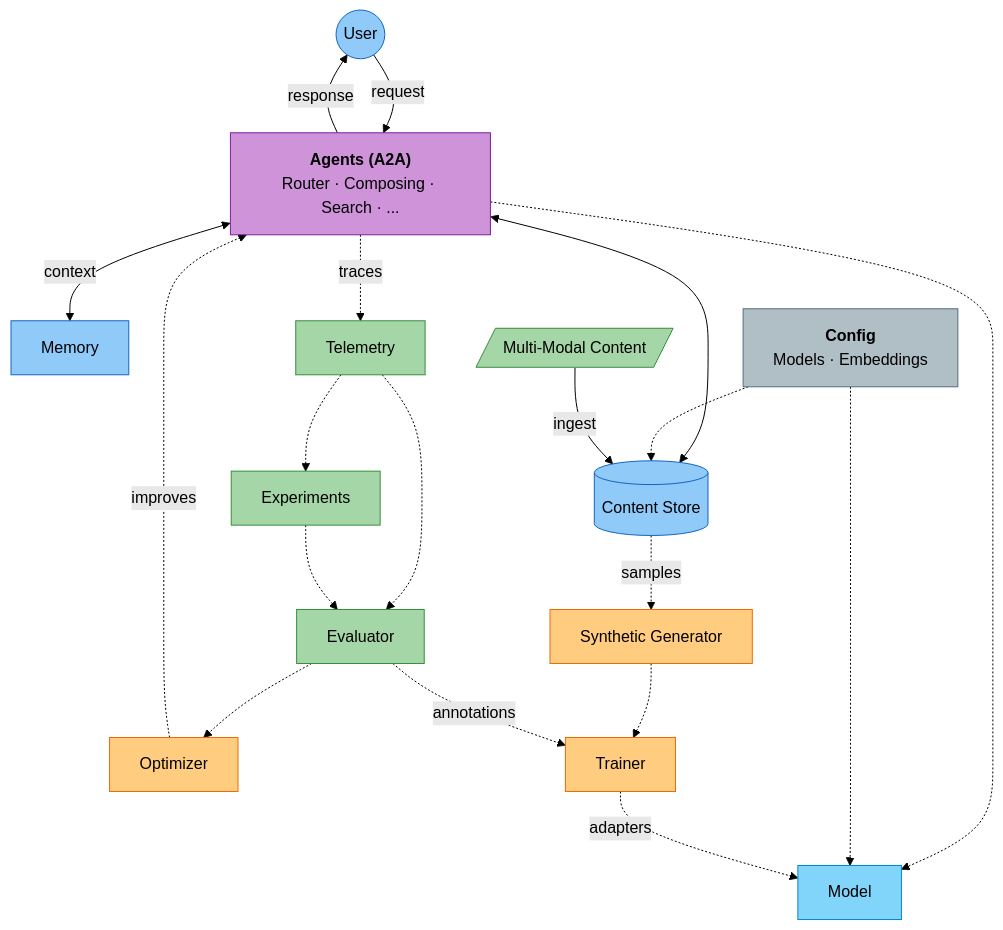
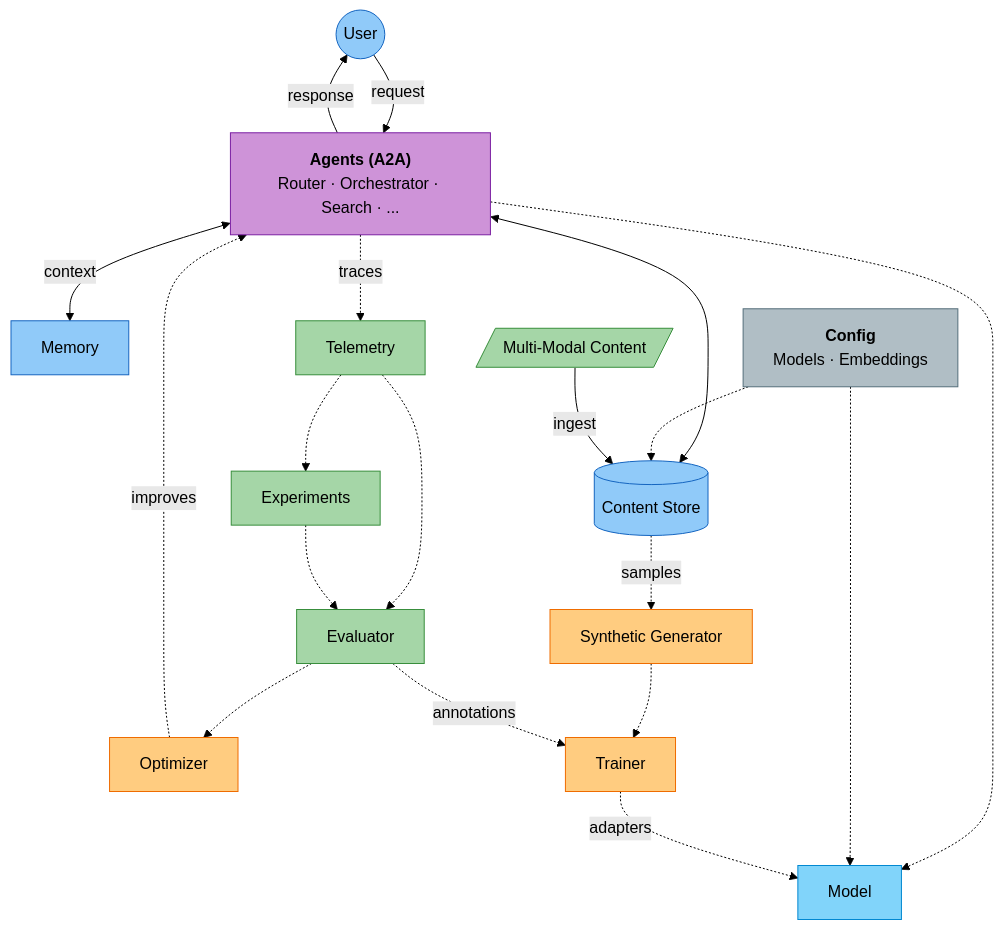
The diagram in docs/index.md (amit-jain/cogniverse), drawn with Mermaid (forest theme) before and after one commit. The commit also changed 15 other files, not shown here.

````diff
--- a/docs/index.md
+++ b/docs/index.md
@@ -11,45 +11,45 @@
 ```mermaid
 flowchart TD
     %% Main Request Flow
-    user(("<span style='color:#000'>User</span>")) --> |request| agentlayer["<span style='color:#000'><b>Agents (A2A)</b><br/>Router · Composing · Search · ...</span>"]
+    user(("<span style='color:#000'>User</span>")) --> |request| agentlayer["<span style='color:#000'><b>Agents (A2A)</b><br/>Router · Orchestrator · Search · ...</span>"]
     agentlayer --> |response| user
     agentlayer <--> store[("<span style='color:#000'>Content Store</span>")]
     agentlayer <--> |context| memory["<span style='color:#000'>Memory</span>"]
     agentlayer -.-> model["<span style='color:#000'>Model</span>"]
     config["<span style='color:#000'><b>Config</b><br/>Models · Embeddings</span>"] -.-> model
     config -.-> store
 
     %% Content Ingestion
     content[/"<span style='color:#000'>Multi-Modal Content</span>"/] --> |ingest| store
 
     %% Continuous Improvement
     agentlayer -.-> |traces| telemetry["<span style='color:#000'>Telemetry</span>"]
     telemetry -.-> evaluator["<span style='color:#000'>Evaluator</span>"]
     evaluator -.-> optimizer["<span style='color:#000'>Optimizer</span>"]
     optimizer -.-> |improves| agentlayer
 
     %% Experiments
     telemetry -.-> experiments["<span style='color:#000'>Experiments</span>"]
     experiments -.-> evaluator
 
     %% Training
     store -.-> |samples| generator["<span style='color:#000'>Synthetic Generator</span>"]
     generator -.-> trainer["<span style='color:#000'>Trainer</span>"]
     evaluator -.-> |annotations| trainer
     trainer -.-> |adapters| model
 
     style user fill:#90caf9,stroke:#1565c0,color:#000
     style content fill:#a5d6a7,stroke:#388e3c,color:#000
     style agentlayer fill:#ce93d8,stroke:#7b1fa2,color:#000
     style model fill:#81d4fa,stroke:#0288d1,color:#000
     style store fill:#90caf9,stroke:#1565c0,color:#000
     style memory fill:#90caf9,stroke:#1565c0,color:#000
 
     style telemetry fill:#a5d6a7,stroke:#388e3c,color:#000
     style experiments fill:#a5d6a7,stroke:#388e3c,color:#000
     style evaluator fill:#a5d6a7,stroke:#388e3c,color:#000
     style optimizer fill:#ffcc80,stroke:#ef6c00,color:#000
     style generator fill:#ffcc80,stroke:#ef6c00,color:#000
     style trainer fill:#ffcc80,stroke:#ef6c00,color:#000
     style config fill:#b0bec5,stroke:#546e7a,color:#000
 ```
````
